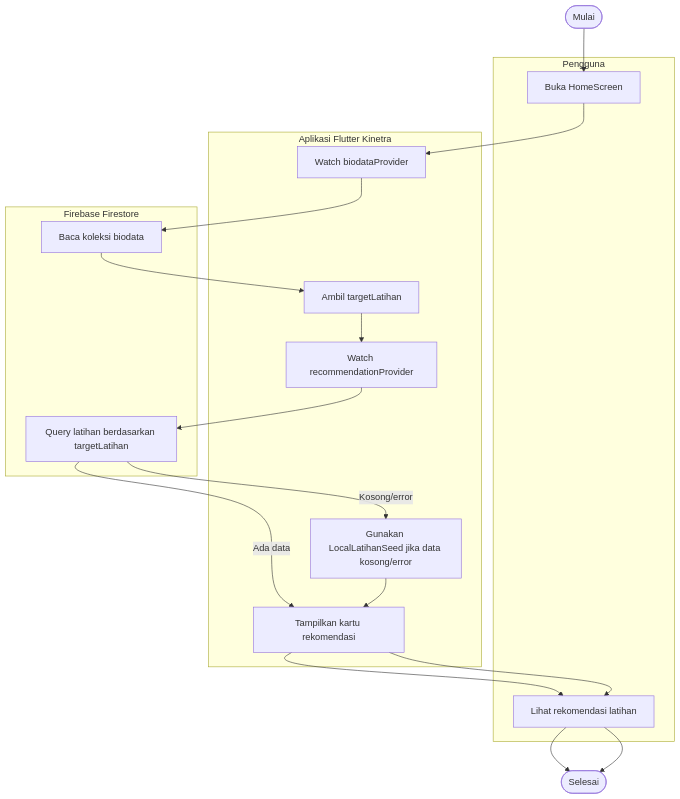
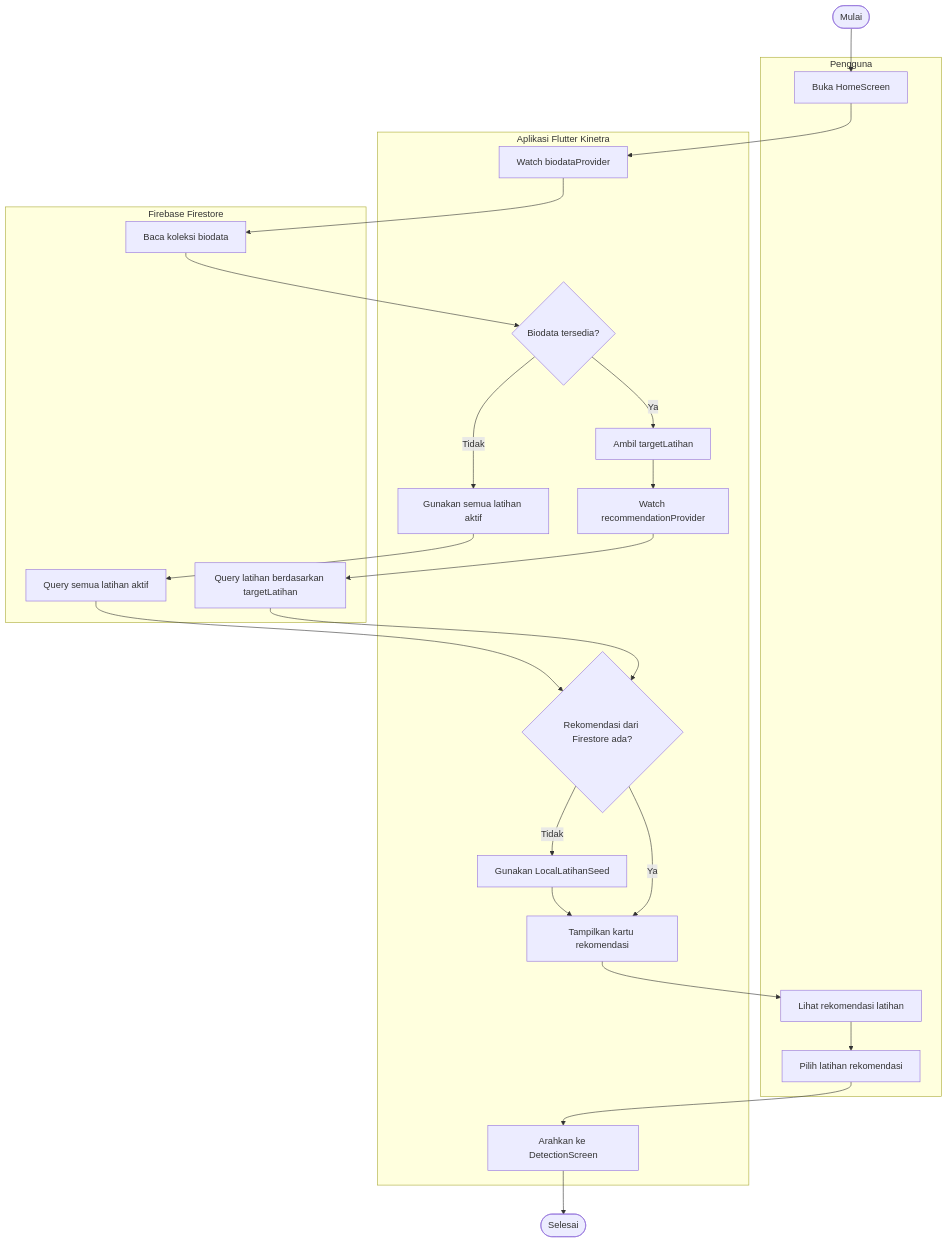
Before and after one commit to arifrachmatdx/Kinetra: the sixth of 26 diagrams in docs/uml.md, drawn with Mermaid. The commit also changed other lines of this file and 1 other file, not shown here.

Commit message:
docs: add detailed UML decisions and alternatives

````diff
--- a/docs/uml.md
+++ b/docs/uml.md
@@ -187,23 +237,32 @@
 ```mermaid
 flowchart TD
     Start([Mulai])
     subgraph User["Pengguna"]
         OpenHome[Buka HomeScreen]
         ViewRecommendation[Lihat rekomendasi latihan]
+        SelectRecommendation[Pilih latihan rekomendasi]
     end
     subgraph App["Aplikasi Flutter Kinetra"]
         WatchBiodata[Watch biodataProvider]
+        BiodataAvailable{Biodata tersedia?}
+        UseDefaultTarget[Gunakan semua latihan aktif]
         ReadTarget[Ambil targetLatihan]
         WatchRecommendation[Watch recommendationProvider]
+        RecommendationAvailable{Rekomendasi dari Firestore ada?}
+        UseFallback[Gunakan LocalLatihanSeed]
         RenderCards[Tampilkan kartu rekomendasi]
-        UseFallback[Gunakan LocalLatihanSeed jika data kosong/error]
+        GoDetection[Arahkan ke DetectionScreen]
     end
     subgraph DB["Firebase Firestore"]
         ReadBiodata[Baca koleksi biodata]
         QueryLatihan[Query latihan berdasarkan targetLatihan]
+        QueryAllActive[Query semua latihan aktif]
     end
 
-    Start --> OpenHome --> WatchBiodata --> ReadBiodata --> ReadTarget --> WatchRecommendation --> QueryLatihan
-    QueryLatihan -->|Ada data| RenderCards --> ViewRecommendation --> End([Selesai])
-    QueryLatihan -->|Kosong/error| UseFallback --> RenderCards --> ViewRecommendation --> End
+    Start --> OpenHome --> WatchBiodata --> ReadBiodata --> BiodataAvailable
+    BiodataAvailable -->|Tidak| UseDefaultTarget --> QueryAllActive --> RecommendationAvailable
+    BiodataAvailable -->|Ya| ReadTarget --> WatchRecommendation --> QueryLatihan --> RecommendationAvailable
+    RecommendationAvailable -->|Tidak| UseFallback --> RenderCards
+    RecommendationAvailable -->|Ya| RenderCards
+    RenderCards --> ViewRecommendation --> SelectRecommendation --> GoDetection --> End([Selesai])
 ```
````
